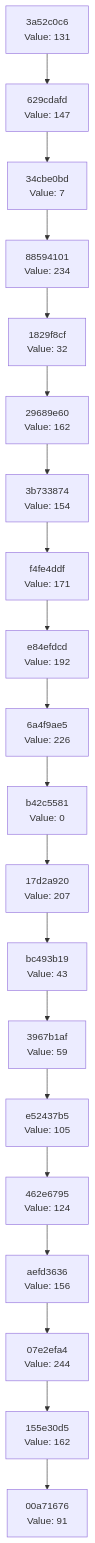
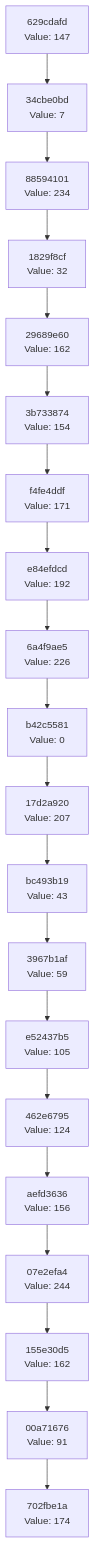
The diagram in docs/CHAIN_VISUALIZATION.md (Abhisheksinha1506/hash-chain-evolver), drawn with Mermaid before and after one commit. The commit also changed 3 other files, not shown here.

````diff
--- a/docs/CHAIN_VISUALIZATION.md
+++ b/docs/CHAIN_VISUALIZATION.md
@@ -3,42 +3,42 @@
 ```mermaid
 graph TD
-    C0["00a71676<br/>Value: 91"]
-    C1["155e30d5<br/>Value: 162"]
+    C0["702fbe1a<br/>Value: 174"]
+    C1["00a71676<br/>Value: 91"]
     C1 --> C0
-    C2["07e2efa4<br/>Value: 244"]
+    C2["155e30d5<br/>Value: 162"]
     C2 --> C1
-    C3["aefd3636<br/>Value: 156"]
+    C3["07e2efa4<br/>Value: 244"]
     C3 --> C2
-    C4["462e6795<br/>Value: 124"]
+    C4["aefd3636<br/>Value: 156"]
     C4 --> C3
-    C5["e52437b5<br/>Value: 105"]
+    C5["462e6795<br/>Value: 124"]
     C5 --> C4
-    C6["3967b1af<br/>Value: 59"]
+    C6["e52437b5<br/>Value: 105"]
     C6 --> C5
-    C7["bc493b19<br/>Value: 43"]
+    C7["3967b1af<br/>Value: 59"]
     C7 --> C6
-    C8["17d2a920<br/>Value: 207"]
+    C8["bc493b19<br/>Value: 43"]
     C8 --> C7
-    C9["b42c5581<br/>Value: 0"]
+    C9["17d2a920<br/>Value: 207"]
     C9 --> C8
-    C10["6a4f9ae5<br/>Value: 226"]
+    C10["b42c5581<br/>Value: 0"]
     C10 --> C9
-    C11["e84efdcd<br/>Value: 192"]
+    C11["6a4f9ae5<br/>Value: 226"]
     C11 --> C10
-    C12["f4fe4ddf<br/>Value: 171"]
+    C12["e84efdcd<br/>Value: 192"]
     C12 --> C11
-    C13["3b733874<br/>Value: 154"]
+    C13["f4fe4ddf<br/>Value: 171"]
     C13 --> C12
-    C14["29689e60<br/>Value: 162"]
+    C14["3b733874<br/>Value: 154"]
     C14 --> C13
-    C15["1829f8cf<br/>Value: 32"]
+    C15["29689e60<br/>Value: 162"]
     C15 --> C14
-    C16["88594101<br/>Value: 234"]
+    C16["1829f8cf<br/>Value: 32"]
     C16 --> C15
-    C17["34cbe0bd<br/>Value: 7"]
+    C17["88594101<br/>Value: 234"]
     C17 --> C16
-    C18["629cdafd<br/>Value: 147"]
+    C18["34cbe0bd<br/>Value: 7"]
     C18 --> C17
-    C19["3a52c0c6<br/>Value: 131"]
+    C19["629cdafd<br/>Value: 147"]
     C19 --> C18
 ```
````
